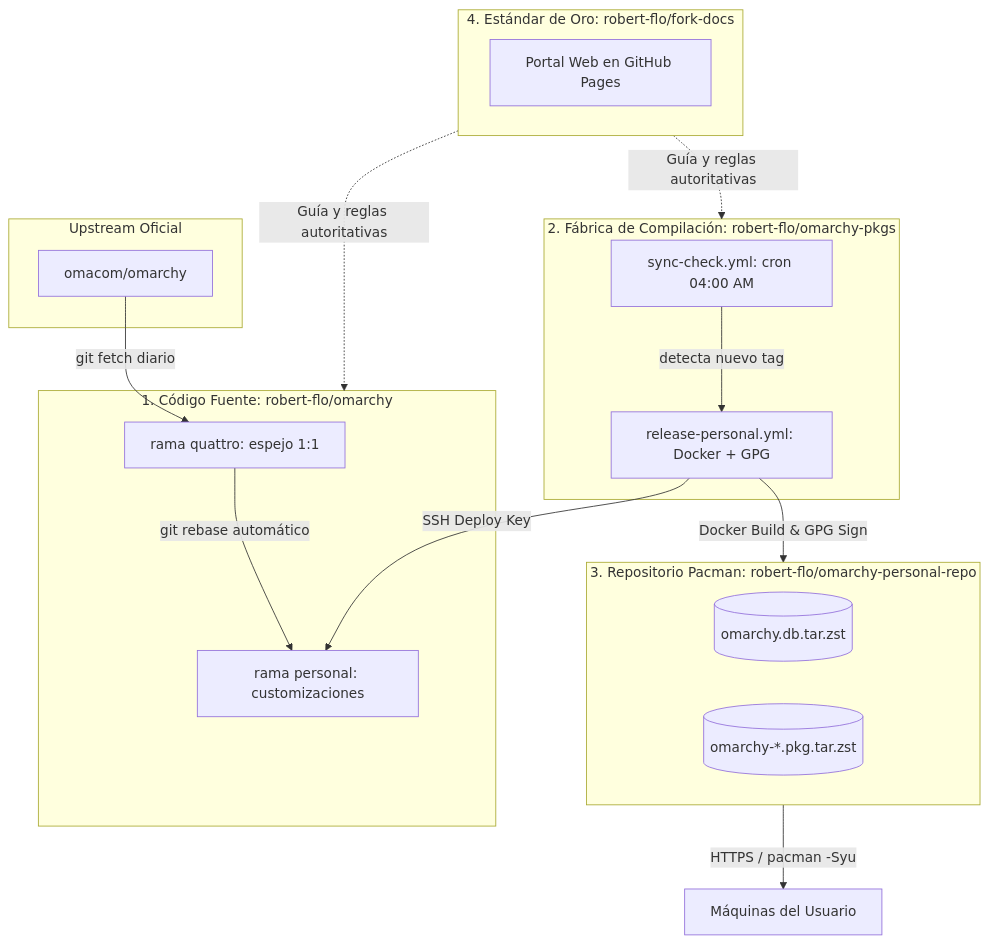
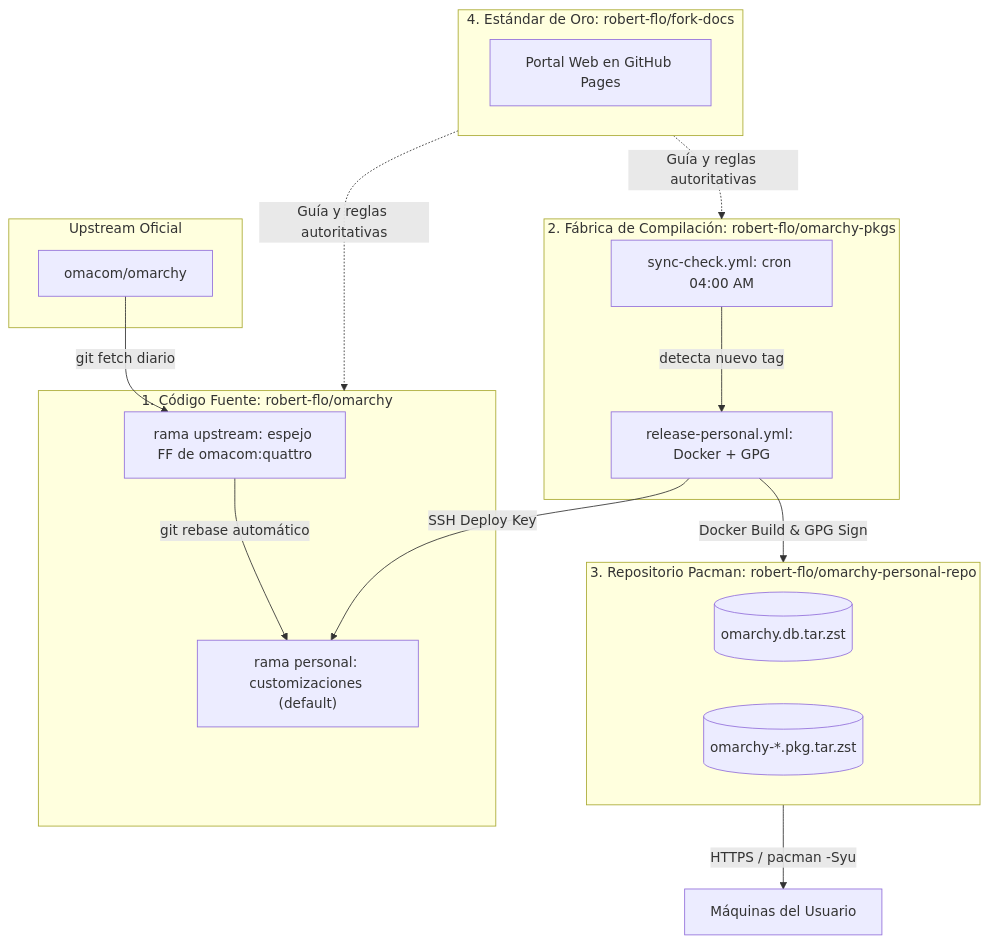
The diagram in architecture/01-topologia.md (robert-flo/fork-docs), drawn with Mermaid before and after one commit. The commit also changed other lines of this file and 11 other files, not shown here.

First line of the commit message:
docs: espejo local upstream (ADR 0024 / omarchy#4) (#12)

````diff
--- a/architecture/01-topologia.md
+++ b/architecture/01-topologia.md
@@ -15,34 +15,34 @@
 ```mermaid
 graph TD
     subgraph Upstream ["Upstream Oficial"]
         UP["omacom/omarchy"]
     end
 
     subgraph Core ["1. Código Fuente: robert-flo/omarchy"]
-        Q["rama quattro: espejo 1:1"]
-        P["rama personal: customizaciones"]
+        Q["rama upstream: espejo FF de omacom:quattro"]
+        P["rama personal: customizaciones (default)"]
     end
 
     subgraph Factory ["2. Fábrica de Compilación: robert-flo/omarchy-pkgs"]
         W1["sync-check.yml: cron 04:00 AM"]
         W2["release-personal.yml: Docker + GPG"]
     end
 
     subgraph CDN ["3. Repositorio Pacman: robert-flo/omarchy-personal-repo"]
         DB[("omarchy.db.tar.zst")]
         PKG[("omarchy-*.pkg.tar.zst")]
     end
 
     subgraph Docs ["4. Estándar de Oro: robert-flo/fork-docs"]
         DOCS["Portal Web en GitHub Pages"]
     end
 
     UP -->|git fetch diario| Q
     Q -->|git rebase automático| P
     W1 -->|detecta nuevo tag| W2
     W2 -->|SSH Deploy Key| P
     W2 -->|Docker Build & GPG Sign| CDN
     CDN -->|HTTPS / pacman -Syu| User["Máquinas del Usuario"]
     Docs -.->|Guía y reglas autoritativas| Core
     Docs -.->|Guía y reglas autoritativas| Factory
 ```
````
